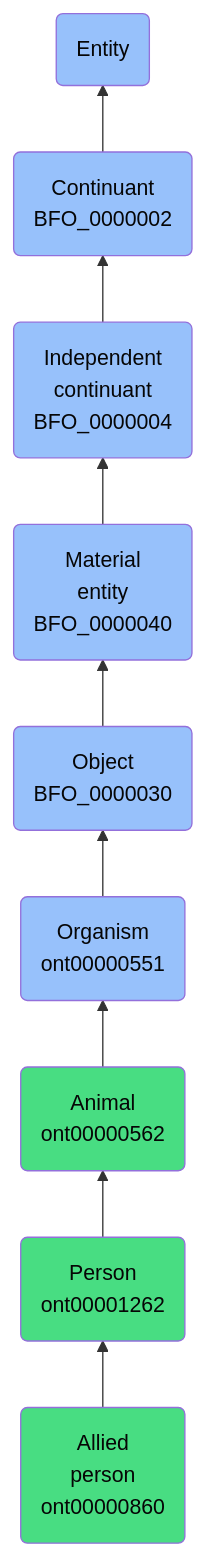
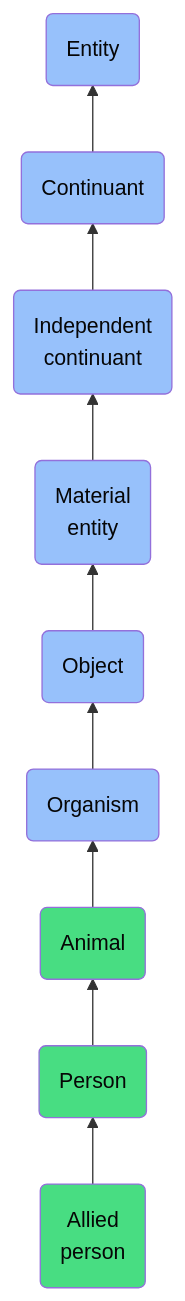
The diagram in docs/ontology/reference/model/Entity/Continuant/Independent continuant/Material entity/Object/Organism/Animal/Person/Allied person/Allied person.md (jupyter-naas/abi), drawn with Mermaid before and after one commit. The commit also changed other lines of this file and 1430 other files, not shown here.

````diff
--- a/docs/ontology/reference/model/Entity/Continuant/Independent continuant/Material entity/Object/Organism/Animal/Person/Allied person/Allied person.md
+++ b/docs/ontology/reference/model/Entity/Continuant/Independent continuant/Material entity/Object/Organism/Animal/Person/Allied person/Allied person.md
@@ -24,16 +24,16 @@
 ```mermaid
 graph BT
-    ont00000860(Allied<br>person<br>ont00000860):::ABI-->ont00001262
-    ont00001262(Person<br>ont00001262):::ABI-->ont00000562
-    ont00000562(Animal<br>ont00000562):::ABI-->ont00000551
-    ont00000551(Organism<br>ont00000551):::BFO-->BFO_0000030
-    BFO_0000030(Object<br>BFO_0000030):::BFO-->BFO_0000040
-    BFO_0000040(Material<br>entity<br>BFO_0000040):::BFO-->BFO_0000004
-    BFO_0000004(Independent<br>continuant<br>BFO_0000004):::BFO-->BFO_0000002
-    BFO_0000002(Continuant<br>BFO_0000002):::BFO-->BFO_0000001
+    ont00000860(Allied<br>person):::ABI-->ont00001262
+    ont00001262(Person):::ABI-->ont00000562
+    ont00000562(Animal):::ABI-->ont00000551
+    ont00000551(Organism):::BFO-->BFO_0000030
+    BFO_0000030(Object):::BFO-->BFO_0000040
+    BFO_0000040(Material<br>entity):::BFO-->BFO_0000004
+    BFO_0000004(Independent<br>continuant):::BFO-->BFO_0000002
+    BFO_0000002(Continuant):::BFO-->BFO_0000001
     BFO_0000001(Entity):::BFO
     
     classDef BFO fill:#97c1fb,color:#060606
     classDef CCO fill:#e4c51e,color:#060606
     classDef ABI fill:#48DD82,color:#060606
 ```
````
